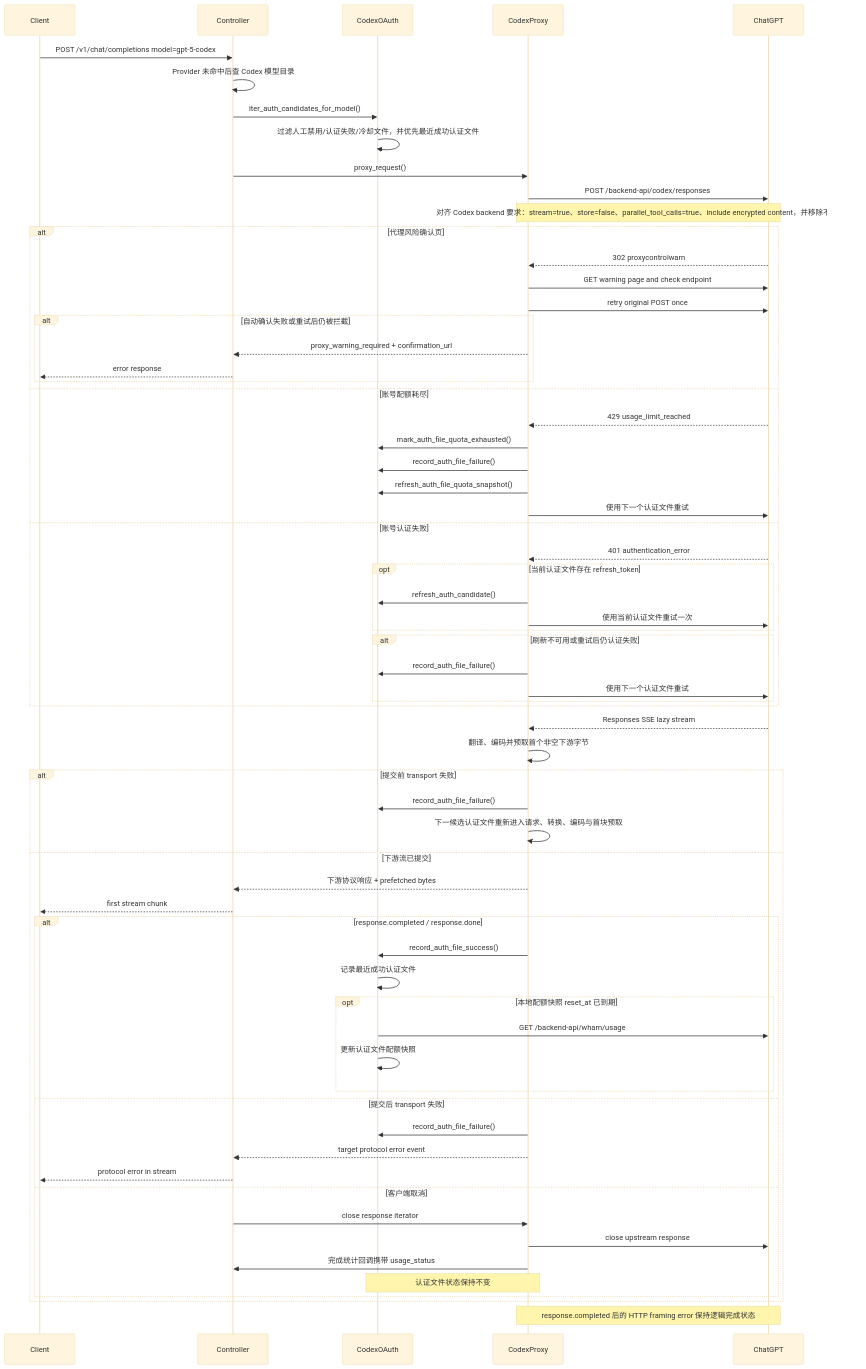
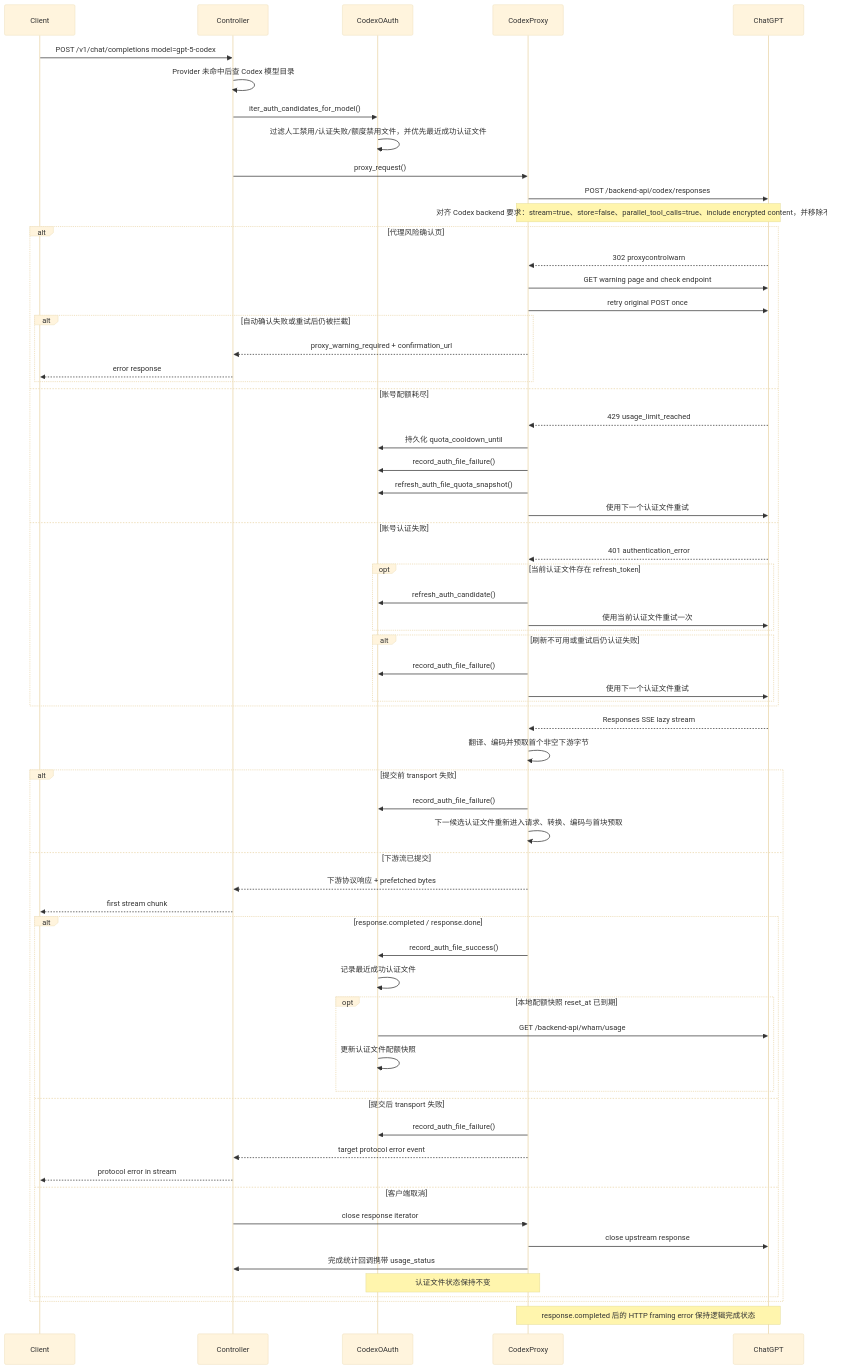
Before and after one commit to VonSdite/LLM_Proxy: the second of 5 diagrams in docs/architecture-4plus1.md, drawn with Mermaid (base theme). The commit also changed other lines of this file and 8 other files, not shown here.

Commit message:
Codex OAuth 额度禁用自动恢复

````diff
--- a/docs/architecture-4plus1.md
+++ b/docs/architecture-4plus1.md
@@ -1134,68 +1134,68 @@
 ```mermaid
 sequenceDiagram
     participant Client
     participant Controller
     participant CodexOAuth
     participant CodexProxy
     participant ChatGPT
 
     Client->>Controller: POST /v1/chat/completions model=gpt-5-codex
     Controller->>Controller: Provider 未命中后查 Codex 模型目录
     Controller->>CodexOAuth: iter_auth_candidates_for_model()
-    CodexOAuth->>CodexOAuth: 过滤人工禁用/认证失败/冷却文件，并优先最近成功认证文件
+    CodexOAuth->>CodexOAuth: 过滤人工禁用/认证失败/额度禁用文件，并优先最近成功认证文件
     Controller->>CodexProxy: proxy_request()
     CodexProxy->>ChatGPT: POST /backend-api/codex/responses
     Note over CodexProxy,ChatGPT: 对齐 Codex backend 要求：stream=true、store=false、parallel_tool_calls=true、include encrypted content，并移除不支持字段
     alt 代理风险确认页
         ChatGPT-->>CodexProxy: 302 proxycontrolwarn
         CodexProxy->>ChatGPT: GET warning page and check endpoint
         CodexProxy->>ChatGPT: retry original POST once
         alt 自动确认失败或重试后仍被拦截
             CodexProxy-->>Controller: proxy_warning_required + confirmation_url
             Controller-->>Client: error response
         end
     else 账号配额耗尽
         ChatGPT-->>CodexProxy: 429 usage_limit_reached
-        CodexProxy->>CodexOAuth: mark_auth_file_quota_exhausted()
+        CodexProxy->>CodexOAuth: 持久化 quota_cooldown_until
         CodexProxy->>CodexOAuth: record_auth_file_failure()
         CodexProxy->>CodexOAuth: refresh_auth_file_quota_snapshot()
         CodexProxy->>ChatGPT: 使用下一个认证文件重试
     else 账号认证失败
         ChatGPT-->>CodexProxy: 401 authentication_error
         opt 当前认证文件存在 refresh_token
             CodexProxy->>CodexOAuth: refresh_auth_candidate()
             CodexProxy->>ChatGPT: 使用当前认证文件重试一次
         end
         alt 刷新不可用或重试后仍认证失败
             CodexProxy->>CodexOAuth: record_auth_file_failure()
             CodexProxy->>ChatGPT: 使用下一个认证文件重试
         end
     end
     ChatGPT-->>CodexProxy: Responses SSE lazy stream
     CodexProxy->>CodexProxy: 翻译、编码并预取首个非空下游字节
     alt 提交前 transport 失败
         CodexProxy->>CodexOAuth: record_auth_file_failure()
         CodexProxy->>CodexProxy: 下一候选认证文件重新进入请求、转换、编码与首块预取
     else 下游流已提交
         CodexProxy-->>Controller: 下游协议响应 + prefetched bytes
         Controller-->>Client: first stream chunk
         alt response.completed / response.done
             CodexProxy->>CodexOAuth: record_auth_file_success()
             CodexOAuth->>CodexOAuth: 记录最近成功认证文件
             opt 本地配额快照 reset_at 已到期
                 CodexOAuth->>ChatGPT: GET /backend-api/wham/usage
                 CodexOAuth->>CodexOAuth: 更新认证文件配额快照
             end
         else 提交后 transport 失败
             CodexProxy->>CodexOAuth: record_auth_file_failure()
             CodexProxy-->>Controller: target protocol error event
             Controller-->>Client: protocol error in stream
         else 客户端取消
             Controller->>CodexProxy: close response iterator
             CodexProxy->>ChatGPT: close upstream response
             CodexProxy->>Controller: 完成统计回调携带 usage_status
             Note over CodexProxy,CodexOAuth: 认证文件状态保持不变
         end
     end
     Note over CodexProxy,ChatGPT: response.completed 后的 HTTP framing error 保持逻辑完成状态
 ```
````
